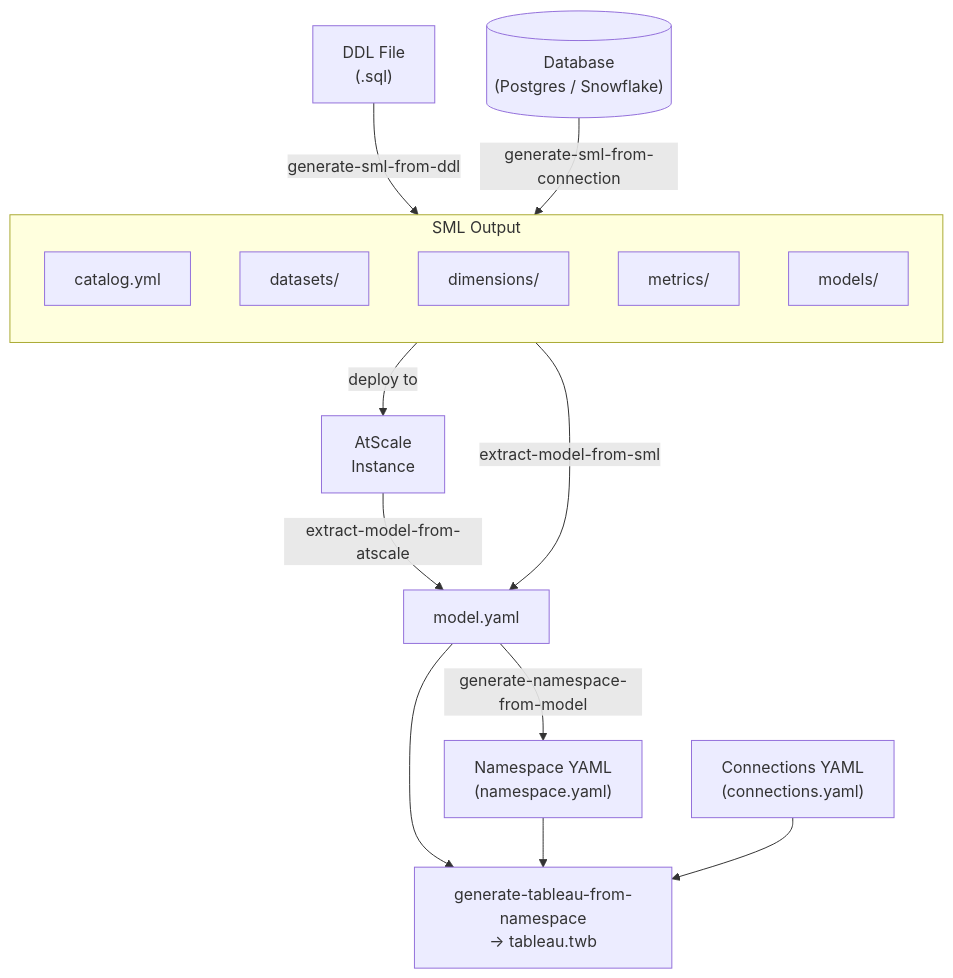
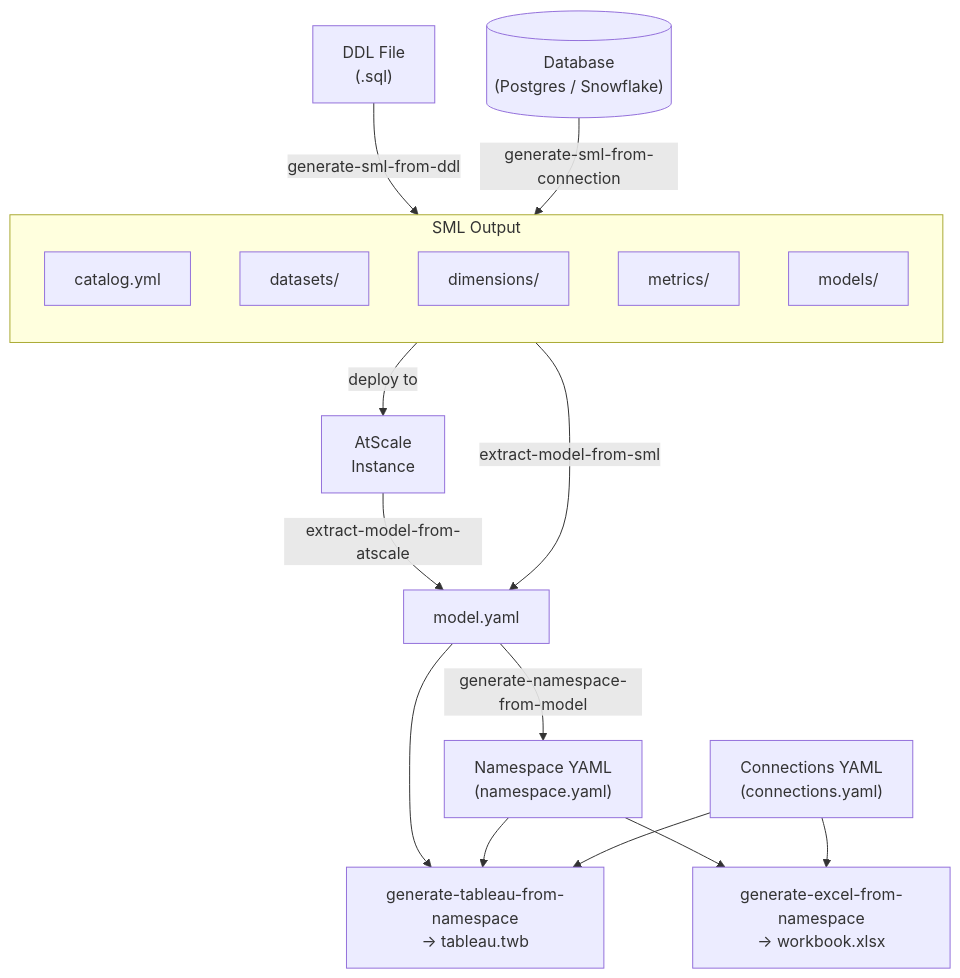
One commit to AtScaleInc/ps-utils changed the diagram in README.md. Above: the diagram before and after it, drawn with Mermaid. The commit also changed other lines of this file and 42 other files, not shown here.

````diff
--- a/README.md
+++ b/README.md
@@ -19,30 +19,33 @@
 ```mermaid
 flowchart TD
     DDL["DDL File\n(.sql)"]
     DB[("Database\n(Postgres / Snowflake)")]
     ATS["AtScale\nInstance"]
     NS["Namespace YAML\n(namespace.yaml)"]
     CONN["Connections YAML\n(connections.yaml)"]
 
     DDL -->|generate-sml-from-ddl| SML
     DB  -->|generate-sml-from-connection| SML
 
     subgraph SML["SML Output"]
         direction TB
         catalog["catalog.yml"]
         datasets["datasets/"]
         dims["dimensions/"]
         metrics["metrics/"]
         models["models/"]
     end
 
     SML -->|deploy to| ATS
     ATS -->|extract-model-from-atscale| MODEL["model.yaml"]
     SML -->|extract-model-from-sml| MODEL
 
     MODEL -->|generate-namespace-from-model| NS
     MODEL --> TWB
     NS    --> TWB
+    NS    --> XLSX
     CONN  --> TWB
+    CONN  --> XLSX
     TWB["generate-tableau-from-namespace\n→ tableau.twb"]
+    XLSX["generate-excel-from-namespace\n→ workbook.xlsx"]
 ```
````
